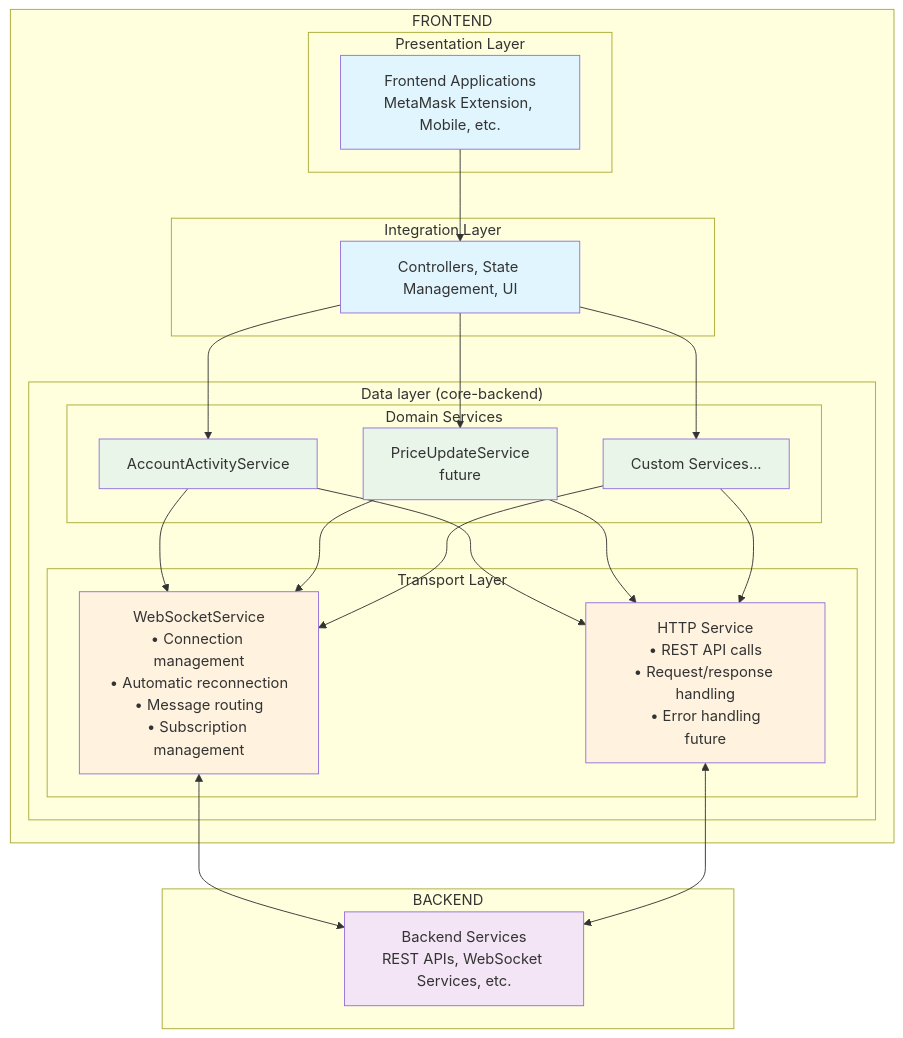
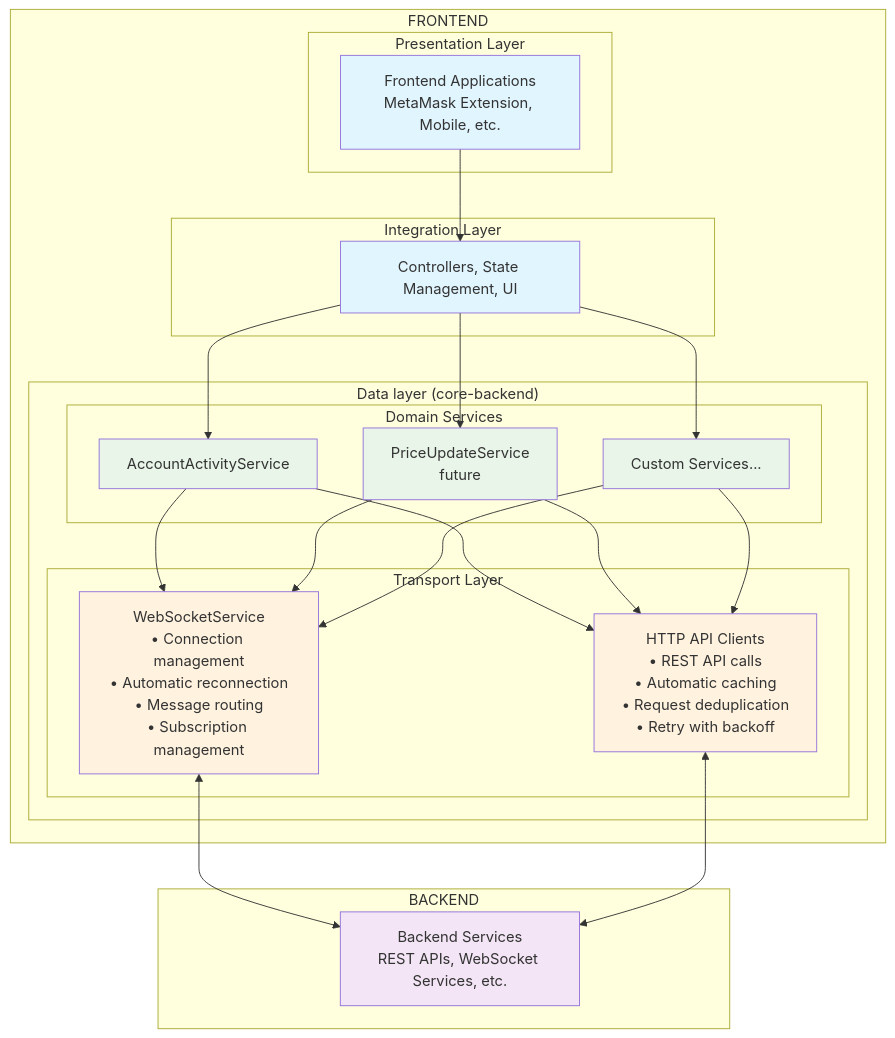
One commit to MetaMask/core changed the first of 3 diagrams in packages/core-backend/README.md. Above: the diagram before and after it, drawn with Mermaid. The commit also changed other lines of this file and 27 other files, not shown here.

Commit message:
feat(core-backend): add ApiPlatformClient with TanStack Query caching

````diff
--- a/packages/core-backend/README.md
+++ b/packages/core-backend/README.md
@@ -130,54 +165,54 @@
 ```mermaid
 graph TD
     subgraph "FRONTEND"
         subgraph "Presentation Layer"
             FE[Frontend Applications<br/>MetaMask Extension, Mobile, etc.]
         end
 
         subgraph "Integration Layer"
             IL[Controllers, State Management, UI]
         end
 
         subgraph "Data layer (core-backend)"
             subgraph "Domain Services"
                 AAS[AccountActivityService]
                 PUS[PriceUpdateService<br/>future]
                 CS[Custom Services...]
             end
 
             subgraph "Transport Layer"
                 WSS[WebSocketService<br/>• Connection management<br/>• Automatic reconnection<br/>• Message routing<br/>• Subscription management]
-                HTTP[HTTP Service<br/>• REST API calls<br/>• Request/response handling<br/>• Error handling<br/>future]
+                HTTP[HTTP API Clients<br/>• REST API calls<br/>• Automatic caching<br/>• Request deduplication<br/>• Retry with backoff]
             end
         end
     end
 
     subgraph "BACKEND"
         BS[Backend Services<br/>REST APIs, WebSocket Services, etc.]
     end
 
     %% Flow connections
     FE --> IL
     IL --> AAS
     IL --> PUS
     IL --> CS
     AAS --> WSS
     AAS --> HTTP
     PUS --> WSS
     PUS --> HTTP
     CS --> WSS
     CS --> HTTP
     WSS <--> BS
     HTTP <--> BS
 
     %% Styling
     classDef frontend fill:#e1f5fe
     classDef backend fill:#f3e5f5
     classDef service fill:#e8f5e8
     classDef transport fill:#fff3e0
 
     class FE,IL frontend
     class BS backend
     class AAS,PUS,CS service
     class WSS,HTTP transport
 ```
````
